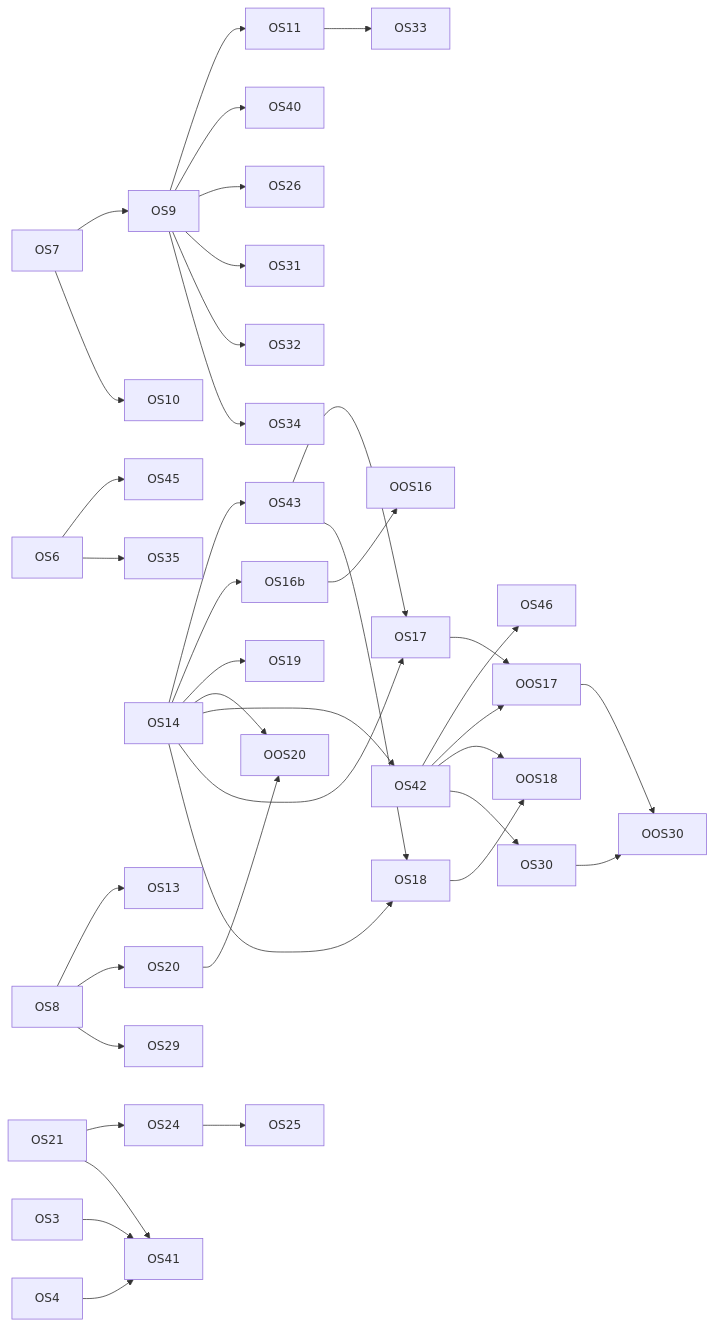
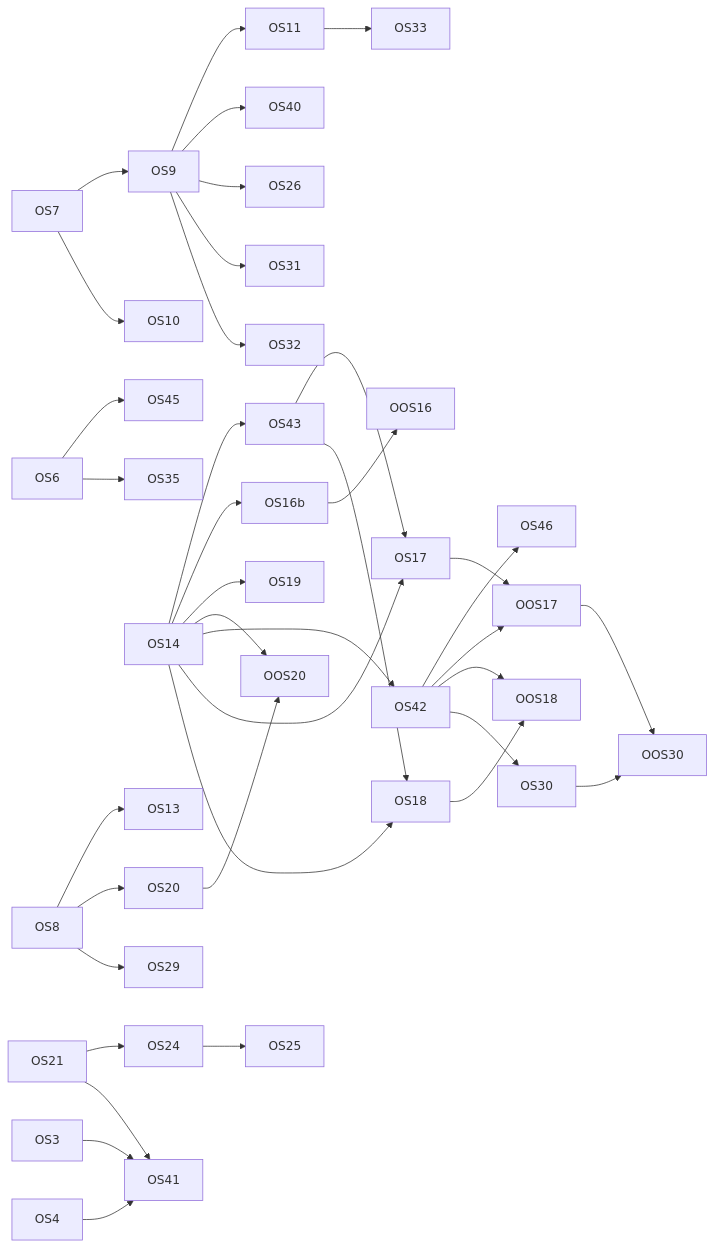
The diagram in PLAN_ORGANIC_SEARCH.md (diy-accounting-uk/submit.diyaccounting.co.uk), drawn with Mermaid before and after one commit. The commit also changed other lines of this file and 1 other file, not shown here.

````diff
--- a/PLAN_ORGANIC_SEARCH.md
+++ b/PLAN_ORGANIC_SEARCH.md
@@ -890,41 +917,40 @@
 ```mermaid
 flowchart LR
   OS6 --> OS45
   OS7 --> OS9
   OS7 --> OS10
   OS9 --> OS11
   OS9 --> OS40
   OS8 --> OS13
   OS14 --> OS43
   OS14 --> OS16b
   OS16b --> OOS16
   OS14 --> OS19
   OS8 --> OS20
   OS14 --> OOS20
   OS20 --> OOS20
   OS14 --> OS42
   OS42 --> OS46
   OS14 --> OS17
   OS43 --> OS17
   OS17 --> OOS17
   OS42 --> OOS17
   OS14 --> OS18
   OS43 --> OS18
   OS18 --> OOS18
   OS42 --> OOS18
   OS21 --> OS24
   OS24 --> OS25
   OS9 --> OS26
   OS8 --> OS29
   OS42 --> OS30
   OS30 --> OOS30
   OOS17 --> OOS30
   OS9 --> OS31
   OS9 --> OS32
   OS11 --> OS33
-  OS9 --> OS34
   OS6 --> OS35
   OS3 --> OS41
   OS4 --> OS41
   OS21 --> OS41
 ```
````
